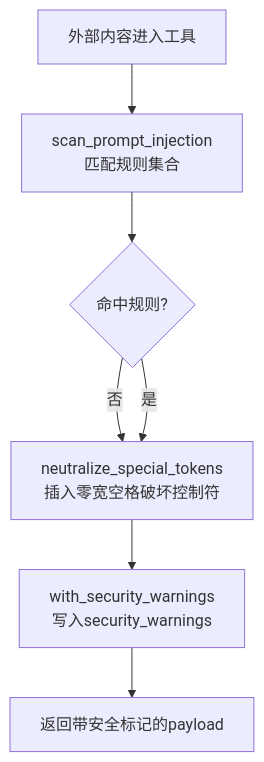
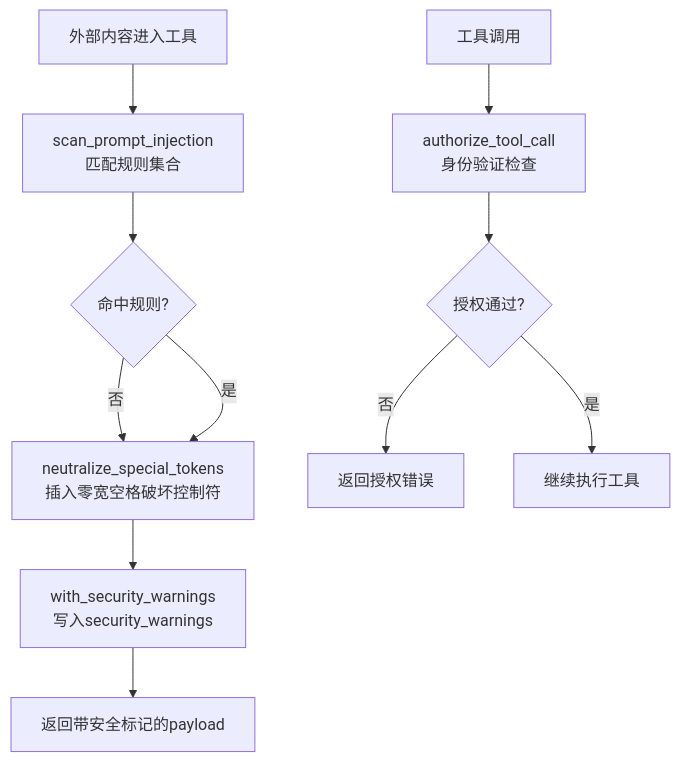
Before and after one commit to 20012002er/Vibe-Trading: the sixth of 7 diagrams in .qoder/repowiki/zh/content/AI代理系统/工具系统/工具系统.md, drawn with Mermaid. The commit also changed other lines of this file and 6 other files, not shown here.

````diff
--- a/.qoder/repowiki/zh/content/AI代理系统/工具系统/工具系统.md
+++ b/.qoder/repowiki/zh/content/AI代理系统/工具系统/工具系统.md
@@ -149,9 +210,13 @@
 ```mermaid
 flowchart TD
 A["外部内容进入工具"] --> B["scan_prompt_injection<br/>匹配规则集合"]
 B --> C{"命中规则?"}
 C -- 否 --> D["neutralize_special_tokens<br/>插入零宽空格破坏控制符"]
 C -- 是 --> D
 D --> E["with_security_warnings<br/>写入security_warnings"]
 E --> F["返回带安全标记的payload"]
+G["工具调用"] --> H["authorize_tool_call<br/>身份验证检查"]
+H --> I{"授权通过?"}
+I -- 否 --> J["返回授权错误"]
+I -- 是 --> K["继续执行工具"]
 ```
````
